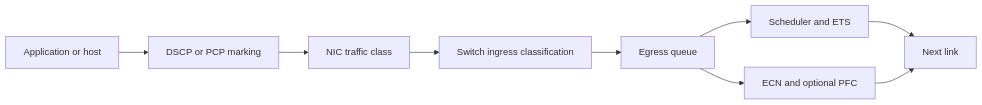
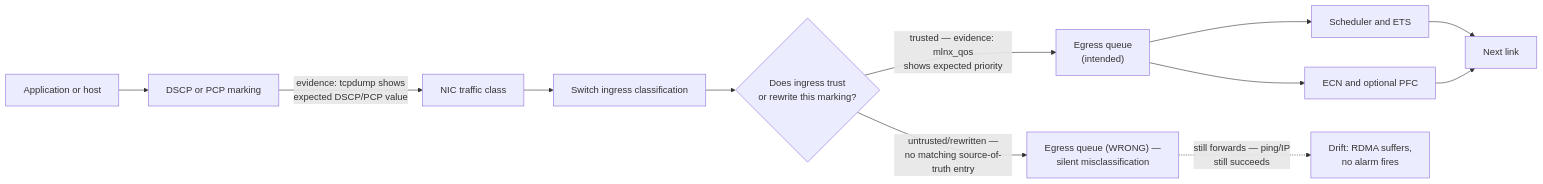
The first of 2 diagrams in docs/nvidia-zero-to-hero/volume-09/chapter-06-data-center-bridging-and-qos.md (jithinpnjm/nvidia-devops), drawn with Mermaid before and after one commit. The commit also changed other lines of this file, not shown here.

````diff
--- a/docs/nvidia-zero-to-hero/volume-09/chapter-06-data-center-bridging-and-qos.md
+++ b/docs/nvidia-zero-to-hero/volume-09/chapter-06-data-center-bridging-and-qos.md
@@ -36,11 +36,14 @@
 ```mermaid
 flowchart LR
-    A[Application or host] --> M[DSCP or PCP marking]
-    M --> N[NIC traffic class]
-    N --> I[Switch ingress classification]
-    I --> Q[Egress queue]
-    Q --> S[Scheduler and ETS]
-    Q --> C[ECN and optional PFC]
-    S --> L[Next link]
+    A["Application or host"] --> M["DSCP or PCP marking"]
+    M -->|"evidence: tcpdump shows\nexpected DSCP/PCP value"| N["NIC traffic class"]
+    N --> I["Switch ingress classification"]
+    I --> CHK{"Does ingress trust\nor rewrite this marking?"}
+    CHK -->|"trusted — evidence: mlnx_qos\nshows expected priority"| Q["Egress queue\n(intended)"]
+    CHK -->|"untrusted/rewritten —\nno matching source-of-truth entry"| WRONGQ["Egress queue (WRONG) —\nsilent misclassification"]
+    Q --> S["Scheduler and ETS"]
+    Q --> C["ECN and optional PFC"]
+    WRONGQ -.->|"still forwards — ping/IP\nstill succeeds"| DRIFT["Drift: RDMA suffers,\nno alarm fires"]
+    S --> L["Next link"]
     C --> L
 ```
````
